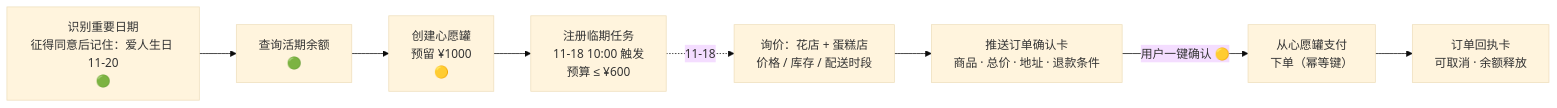
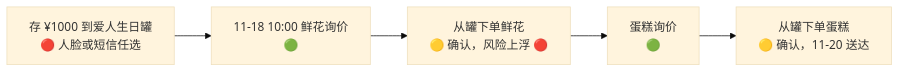
Before and after one commit to SuperWheel/saydo-agent: the second of 2 diagrams in docs/01-产品需求文档-PRD.md, drawn with Mermaid (base theme). The commit also changed other lines of this file and 9 other files, not shown here.

````diff
--- a/docs/01-产品需求文档-PRD.md
+++ b/docs/01-产品需求文档-PRD.md
@@ -255,10 +267,7 @@
 ```mermaid
 flowchart LR
-    N1[识别重要日期<br/>征得同意后记住：爱人生日 11-20<br/>🟢] --> N2[查询活期余额<br/>🟢]
-    N2 --> N3[创建心愿罐<br/>预留 ¥1000<br/>🟡]
-    N3 --> N4[注册临期任务<br/>11-18 10:00 触发<br/>预算 ≤ ¥600]
-    N4 -. 11-18 .-> N5[询价：花店 + 蛋糕店<br/>价格 / 库存 / 配送时段]
-    N5 --> N6[推送订单确认卡<br/>商品 · 总价 · 地址 · 退款条件]
-    N6 -->|用户一键确认 🟡| N7[从心愿罐支付<br/>下单（幂等键）]
-    N7 --> N8[订单回执卡<br/>可取消 · 余额释放]
+    N1[存 ¥1000 到爱人生日罐<br/>🔴 人脸或短信任选] --> N2[11-18 10:00 鲜花询价<br/>🟢]
+    N2 --> N3[从罐下单鲜花<br/>🟡 确认，风险上浮 🔴]
+    N3 --> N4[蛋糕询价<br/>🟢]
+    N4 --> N5[从罐下单蛋糕<br/>🟡 确认，11-20 送达]
 ```
````
